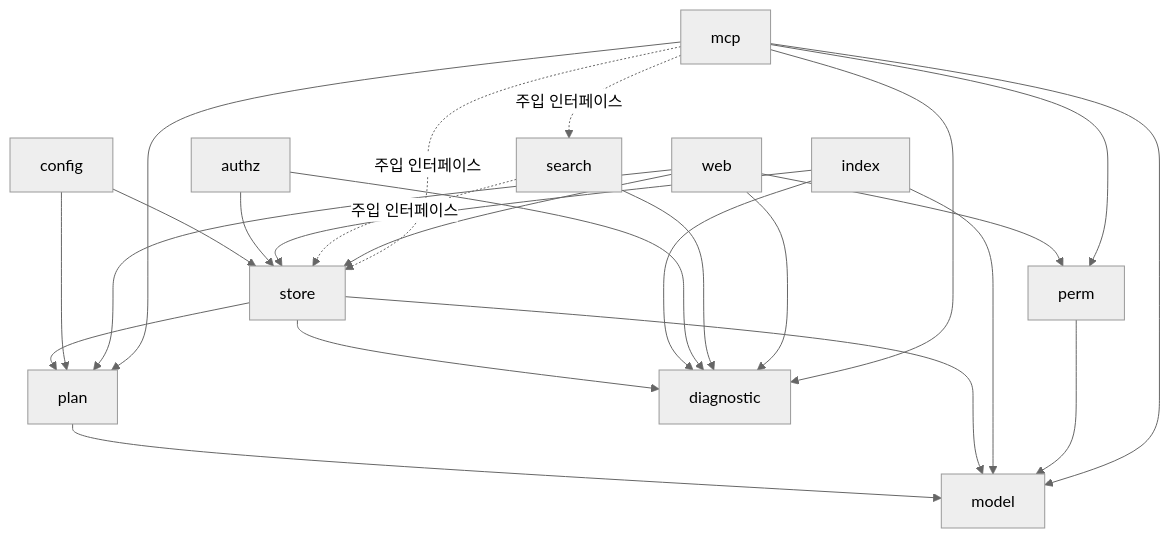
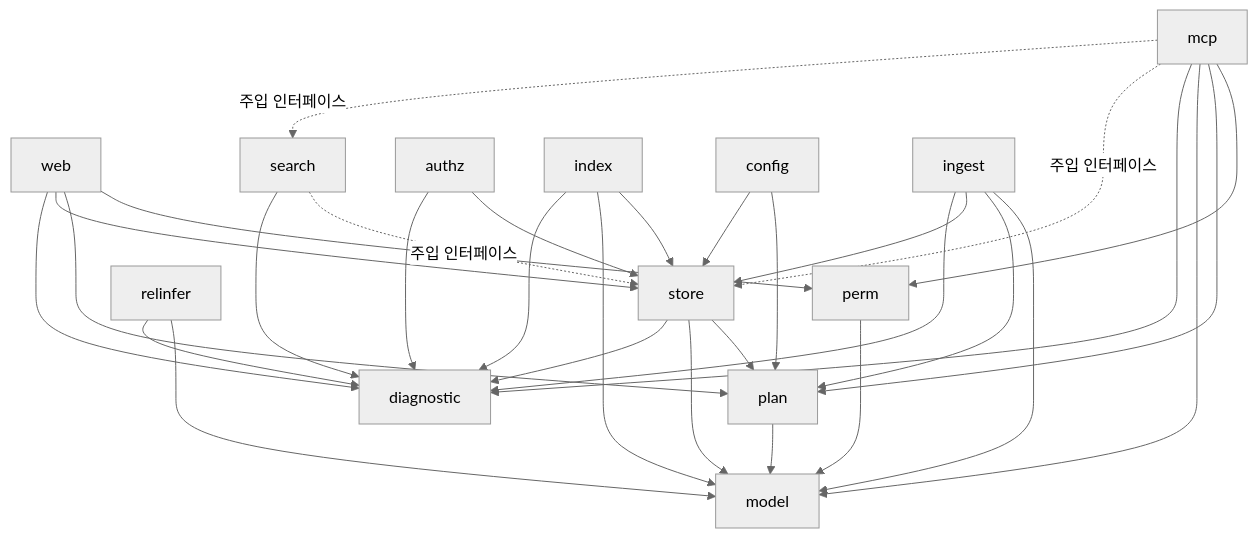
The second of 2 diagrams in spec/service/agent-context/sdd/architecture.md (Alpha-gone/agent-context-sharing), drawn with Mermaid (neutral theme) before and after one commit. The commit also changed other lines of this file and 56 other files, not shown here.

````diff
--- a/spec/service/agent-context/sdd/architecture.md
+++ b/spec/service/agent-context/sdd/architecture.md
@@ -112,38 +112,46 @@
 ```mermaid
 flowchart TB
     Web[web]
     Search[search]
     Perm[perm]
     Authz[authz]
     Index[index]
     Store[store]
     Plan[plan]
     Model[model]
     Config[config]
     Diagnostic[diagnostic]
     MCP[mcp]
+    Ingest[ingest]
+    Relinfer[relinfer]
+    Ingest --> Model
+    Ingest --> Plan
+    Ingest --> Store
+    Ingest --> Diagnostic
+    Relinfer --> Model
+    Relinfer --> Diagnostic
     MCP --> Perm
     MCP --> Plan
     MCP --> Model
     MCP --> Diagnostic
     MCP -. 주입 인터페이스 .-> Store
     MCP -. 주입 인터페이스 .-> Search
     Web --> Perm
     Web --> Plan
     Web --> Store
     Search -. 주입 인터페이스 .-> Store
     Perm --> Model
     Index --> Store
     Index --> Model
     Authz --> Store
     Config --> Plan
     Config --> Store
     Store --> Plan
     Store --> Model
     Plan --> Model
     Web --> Diagnostic
     Search --> Diagnostic
     Authz --> Diagnostic
     Index --> Diagnostic
     Store --> Diagnostic
 ```
````
